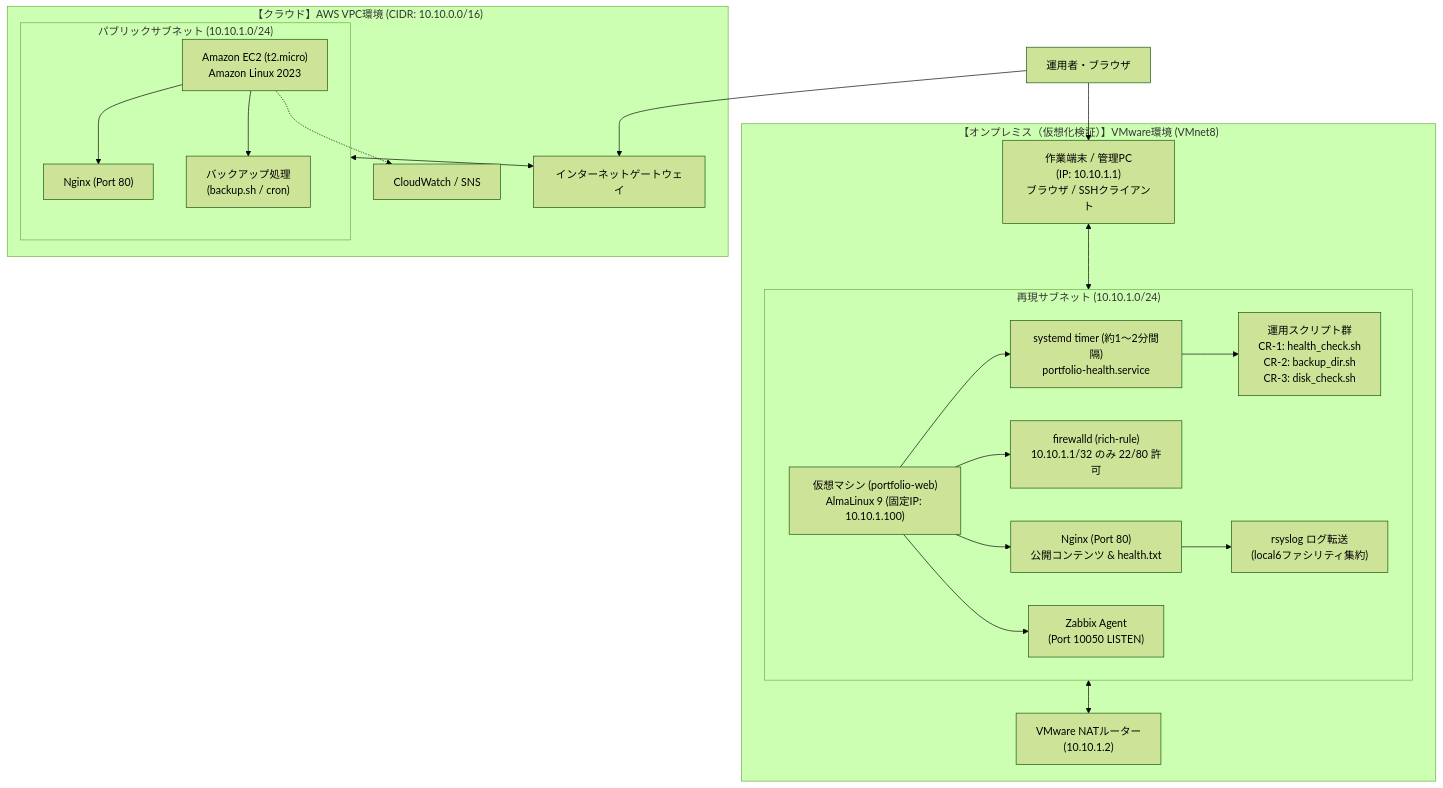
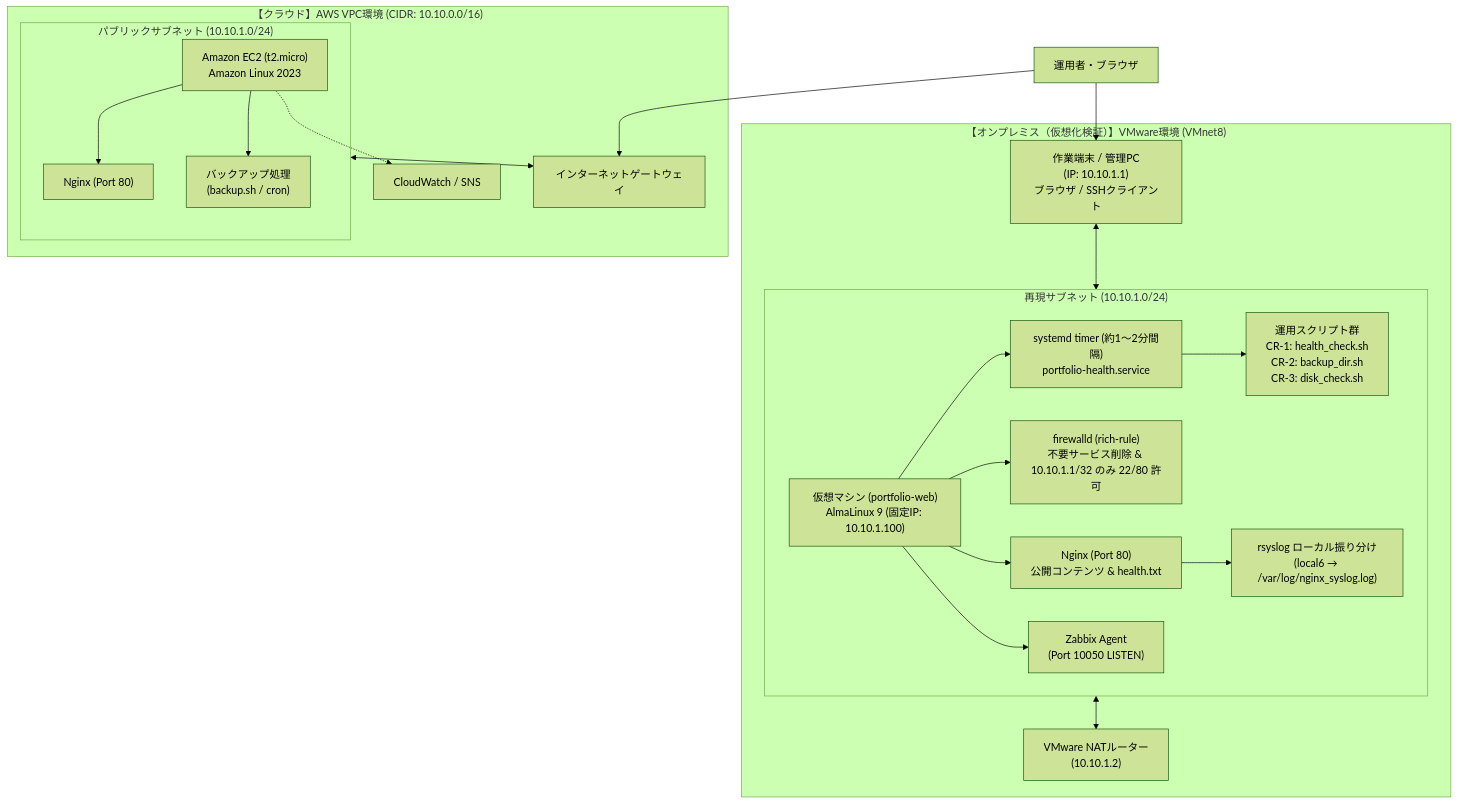
Before and after one commit to tsdeportfolio/aws-linux-hybrid-portfolio: the first of 2 diagrams in README.md, drawn with Mermaid (forest theme). The commit also changed other lines of this file and 33 other files, not shown here.

````diff
--- a/README.md
+++ b/README.md
@@ -90,43 +90,43 @@
 ```mermaid
 flowchart TD
     subgraph AWS_Cloud ["【クラウド】AWS VPC環境 (CIDR: 10.10.0.0/16)"]
         subgraph AWS_Subnet ["パブリックサブネット (10.10.1.0/24)"]
             EC2["Amazon EC2 (t2.micro)<br>Amazon Linux 2023"]
             Nginx["Nginx (Port 80)"]
             Backup["バックアップ処理<br>(backup.sh / cron)"]
             EC2 --> Nginx
             EC2 --> Backup
         end
         IGW["インターネットゲートウェイ"]
         CW["CloudWatch / SNS"]
         AWS_Subnet <--> IGW
         EC2 -.-> CW
     end
 
     subgraph On_Premise ["【オンプレミス（仮想化検証）】VMware環境 (VMnet8)"]
         subgraph Local_Subnet ["再現サブネット (10.10.1.0/24)"]
             VM["仮想マシン (portfolio-web)<br>AlmaLinux 9 (固定IP: 10.10.1.100)"]
             Local_Nginx["Nginx (Port 80)<br>公開コンテンツ & health.txt"]
-            Firewalld["firewalld (rich-rule)<br>10.10.1.1/32 のみ 22/80 許可"]
+            Firewalld["firewalld (rich-rule)<br>不要サービス削除 & 10.10.1.1/32 のみ 22/80 許可"]
             SystemdTimer["systemd timer (約1〜2分間隔)<br>portfolio-health.service"]
             CR_Scripts["運用スクリプト群<br>CR-1: health_check.sh<br>CR-2: backup_dir.sh<br>CR-3: disk_check.sh"]
             ZabbixAgent["Zabbix Agent<br>(Port 10050 LISTEN)"]
-            Rsyslog["rsyslog ログ転送<br>(local6ファシリティ集約)"]
+            Rsyslog["rsyslog ローカル振り分け<br>(local6 → /var/log/nginx_syslog.log)"]
             
             VM --> Local_Nginx
             VM --> Firewalld
             VM --> SystemdTimer
             SystemdTimer --> CR_Scripts
             VM --> ZabbixAgent
             Local_Nginx --> Rsyslog
         end
         NAT_GW["VMware NATルーター<br>(10.10.1.2)"]
         HostPC["作業端末 / 管理PC<br>(IP: 10.10.1.1)<br>ブラウザ / SSHクライアント"]
         
         HostPC <--> Local_Subnet
         Local_Subnet <--> NAT_GW
     end
 
     User_Access["運用者・ブラウザ"] --> IGW
     User_Access --> HostPC
 ```
````
